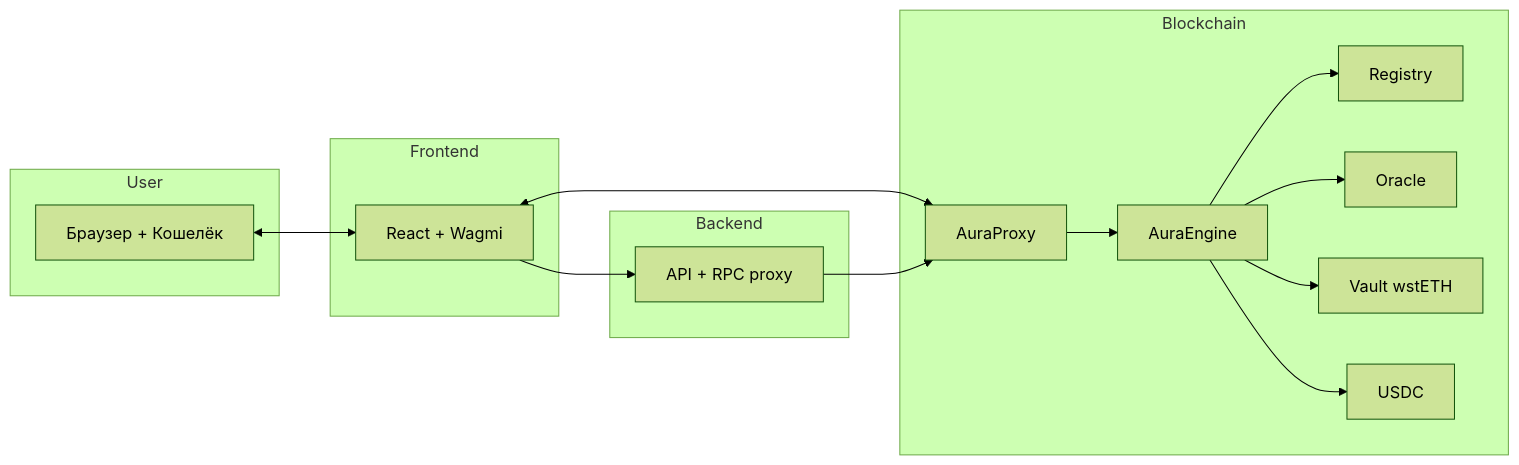
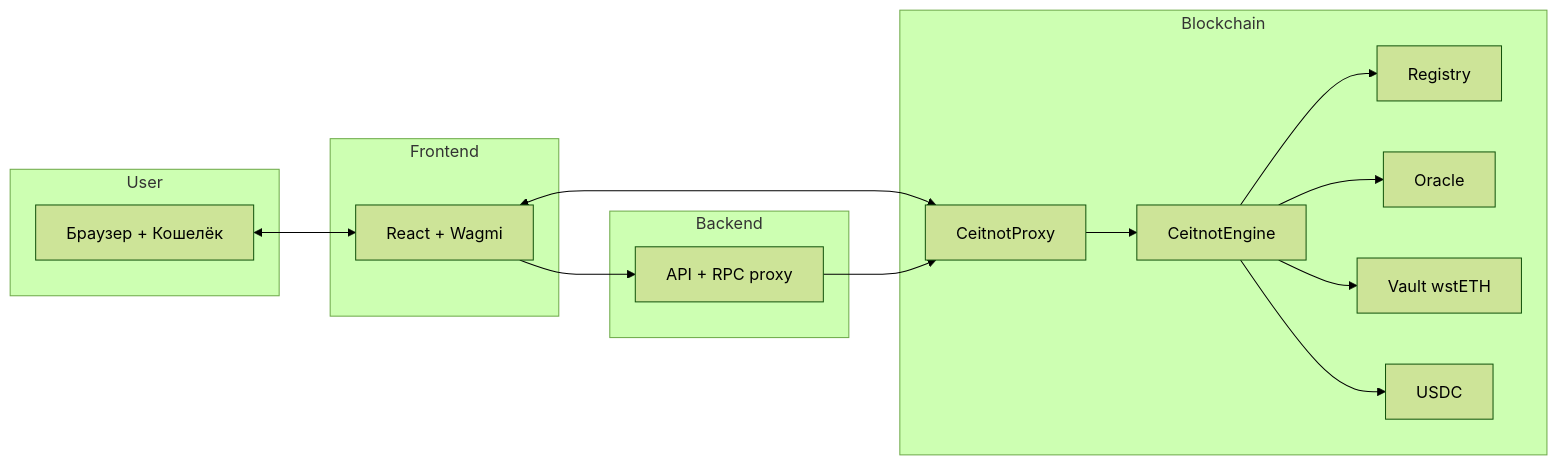
The diagram in docs/ARCHITECTURE.md (traffer7612/lumina), drawn with Mermaid (forest theme) before and after one commit. The commit also changed other lines of this file and 120 other files, not shown here.

````diff
--- a/docs/ARCHITECTURE.md
+++ b/docs/ARCHITECTURE.md
@@ -185,30 +185,30 @@
 ```mermaid
 flowchart LR
     subgraph User
         A[Браузер + Кошелёк]
     end
     subgraph Frontend
         B[React + Wagmi]
     end
     subgraph Backend
         C[API + RPC proxy]
     end
     subgraph Blockchain
-        P[AuraProxy]
-        E[AuraEngine]
+        P[CeitnotProxy]
+        E[CeitnotEngine]
         R[Registry]
         O[Oracle]
         V[Vault wstETH]
         U[USDC]
     end
 
     A <--> B
     B --> C
     B <--> P
     C --> P
     P --> E
     E --> R
     E --> O
     E --> V
     E --> U
 ```
````
